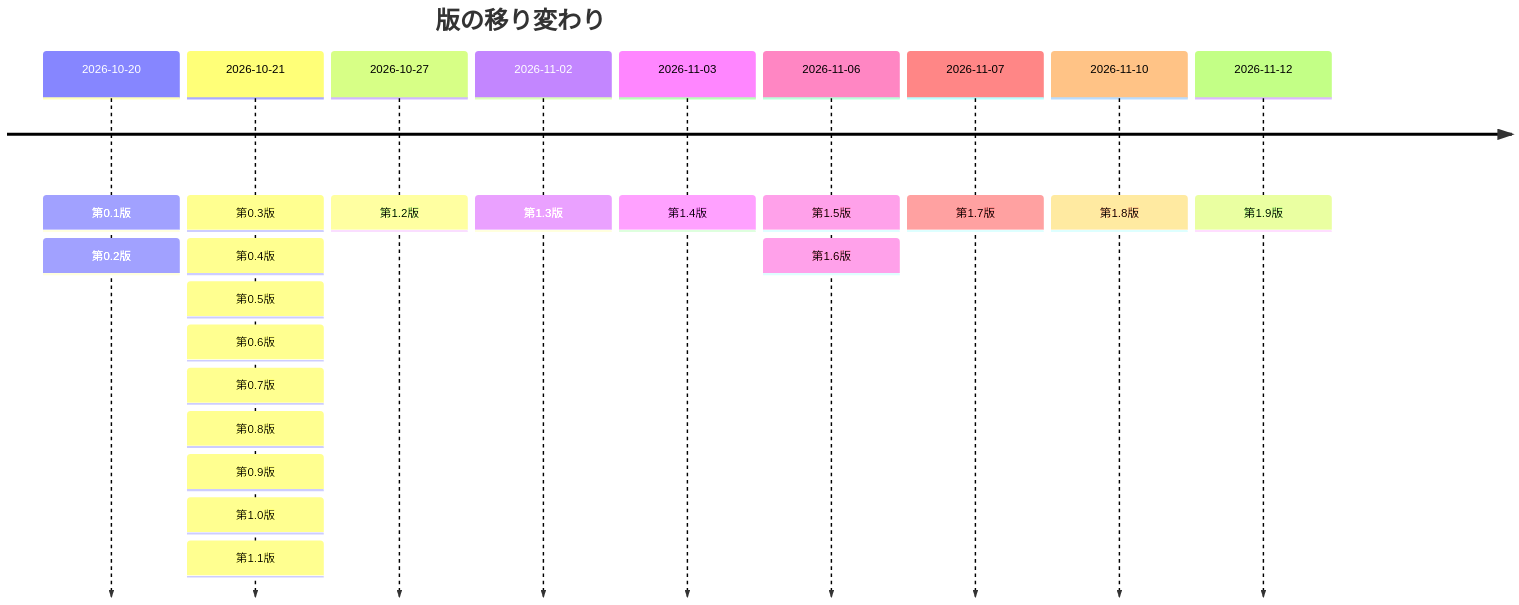
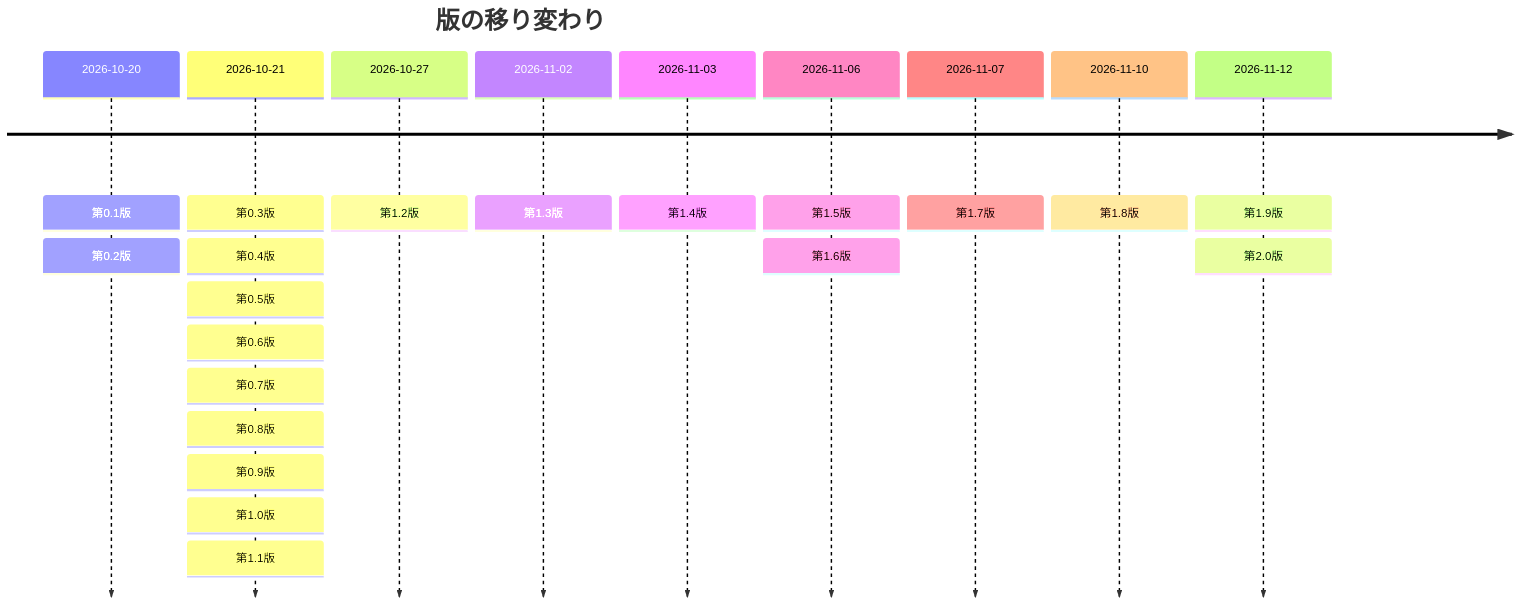
Before and after one commit to pocarialice/rpglearning: diagram 14 of 14 in documents/詳細設計書_RPG学習アプリ.md, drawn with Mermaid. The commit also changed other lines of this file and 12 other files, not shown here.

````diff
--- a/documents/詳細設計書_RPG学習アプリ.md
+++ b/documents/詳細設計書_RPG学習アプリ.md
@@ -2531,13 +2533,13 @@
 ```mermaid
 timeline
   title 版の移り変わり
   2026-10-20 : 第0.1版 : 第0.2版
   2026-10-21 : 第0.3版 : 第0.4版 : 第0.5版 : 第0.6版 : 第0.7版 : 第0.8版 : 第0.9版 : 第1.0版 : 第1.1版
   2026-10-27 : 第1.2版
   2026-11-02 : 第1.3版
   2026-11-03 : 第1.4版
   2026-11-06 : 第1.5版 : 第1.6版
   2026-11-07 : 第1.7版
   2026-11-10 : 第1.8版
-  2026-11-12 : 第1.9版
+  2026-11-12 : 第1.9版 : 第2.0版
 ```
````
